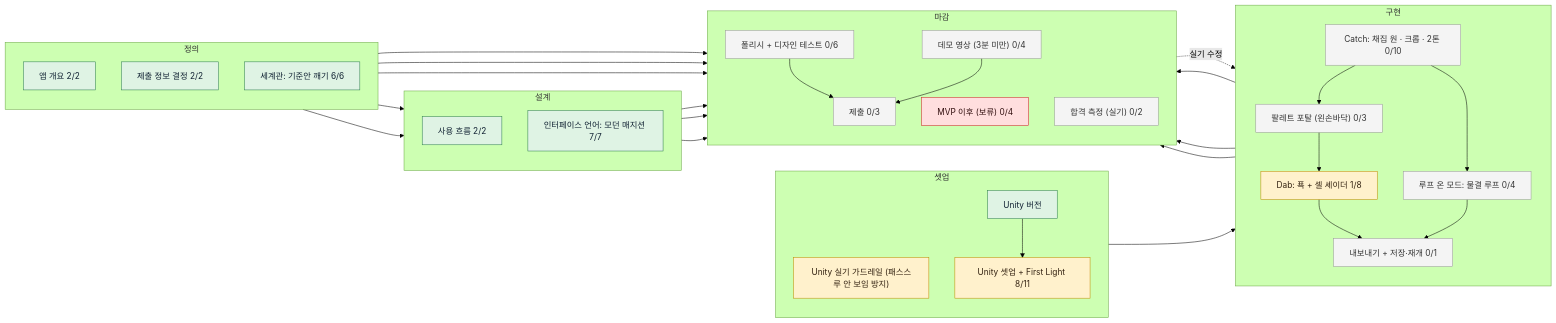
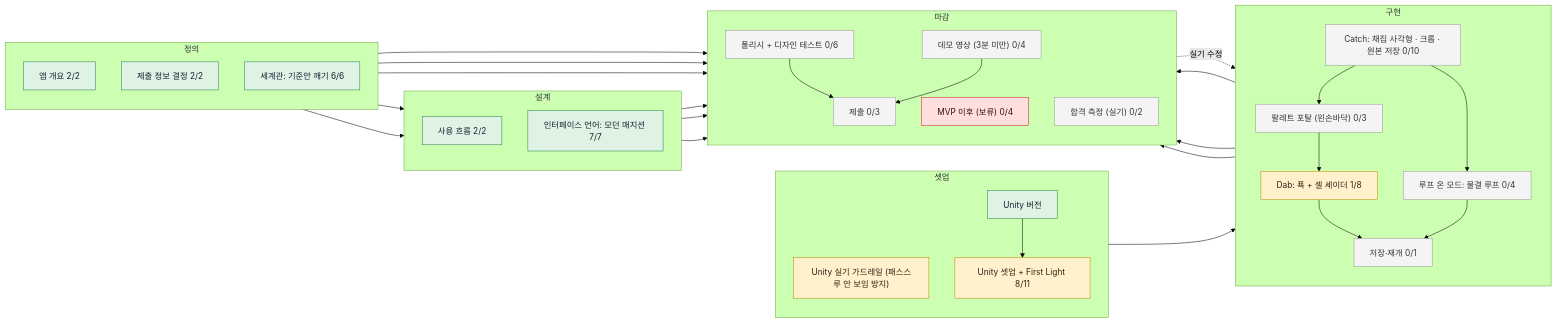
The diagram in board/BOARD.md (reality404studio/meta-mr-picker), drawn with Mermaid (forest theme) before and after one commit. The commit also changed other lines of this file and 7 other files, not shown here.

````diff
--- a/board/BOARD.md
+++ b/board/BOARD.md
@@ -18,63 +18,63 @@
 ```mermaid
 flowchart LR
   subgraph s_define["정의"]
     direction TB
     brief["앱 개요 2/2"]:::done
     submit_meta["제출 정보 결정 2/2"]:::done
     world["세계관: 기준안 깨기 6/6"]:::done
   end
   subgraph s_design["설계"]
     direction TB
     usage_flow["사용 흐름 2/2"]:::done
     interface["인터페이스 언어: 모던 매지션 7/7"]:::done
   end
   subgraph s_prototype["셋업"]
     direction TB
     use_unity_guardrails["Unity 실기 가드레일 (패스스루 안 보임 방지)"]:::doing
     use_unity_version["Unity 버전"]:::done
     setup["Unity 셋업 + First Light 8/11"]:::doing
   end
   subgraph s_build["구현"]
     direction TB
-    catch["Catch: 채집 원 · 크롭 · 2톤 0/10"]:::todo
+    catch["Catch: 채집 사각형 · 크롭 · 원본 저장 0/10"]:::todo
     loop["루프 온 모드: 물결 루프 0/4"]:::todo
     portal["팔레트 포탈 (왼손바닥) 0/3"]:::todo
     dab["Dab: 푝 + 셀 셰이더 1/8"]:::doing
-    export["내보내기 + 저장·재개 0/1"]:::todo
+    export["저장·재개 0/1"]:::todo
   end
   subgraph s_review["마감"]
     direction TB
     polish["폴리시 + 디자인 테스트 0/6"]:::todo
     demo_video["데모 영상 (3분 미만) 0/4"]:::todo
     submit["제출 0/3"]:::todo
     post_mvp["MVP 이후 (보류) 0/4"]:::blocked
     acceptance["합격 측정 (실기) 0/2"]:::todo
   end
   brief --> usage_flow
   use_unity_version --> setup
   setup --> catch
   catch --> loop
   catch --> portal
   portal --> dab
   dab --> export
   loop --> export
   export --> polish
   usage_flow --> polish
   catch --> demo_video
   polish --> submit
   demo_video --> submit
   submit_meta --> submit
   polish -.->|실기 수정| dab
   world --> demo_video
   world --> polish
   world --> interface
   interface --> polish
   interface --> demo_video
   dab --> acceptance
   classDef done fill:#dff3e4,stroke:#2e7d4f,color:#123
   classDef doing fill:#fff1cc,stroke:#c28a00,color:#321
   classDef review fill:#ece4ff,stroke:#6a4fc2,color:#213
   classDef proof fill:#dceaff,stroke:#3f7fd6,color:#123
   classDef todo fill:#f4f4f4,stroke:#999,color:#333
   classDef blocked fill:#ffdede,stroke:#c22,color:#311
 ```
````
